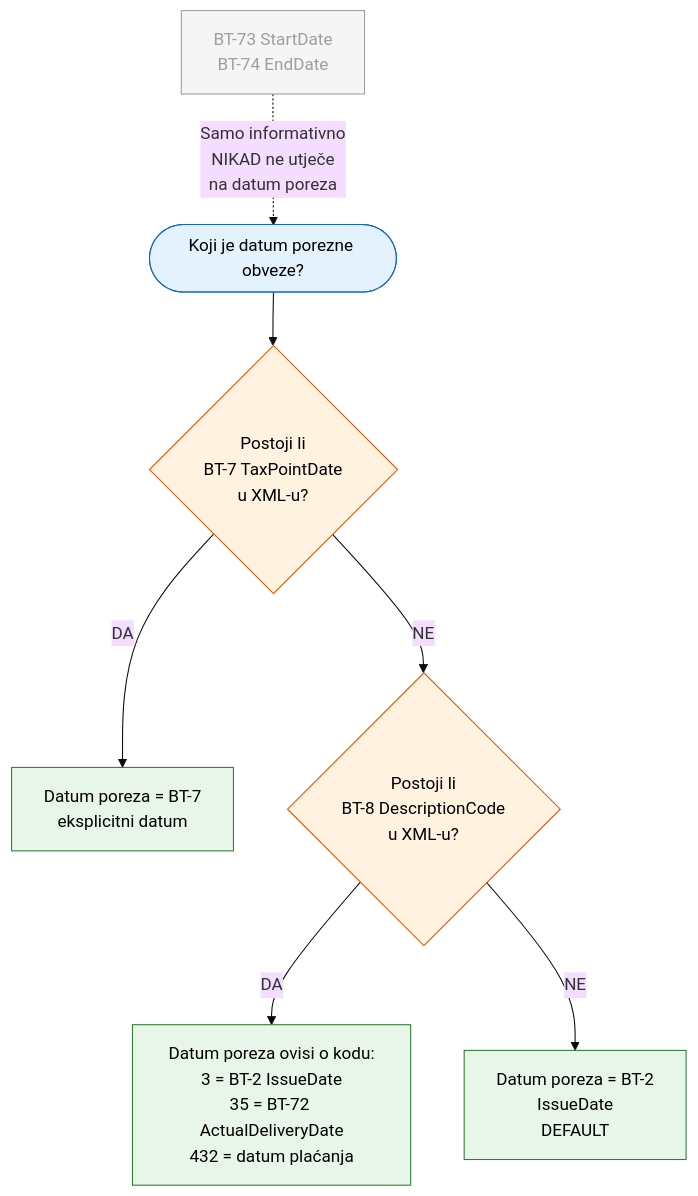
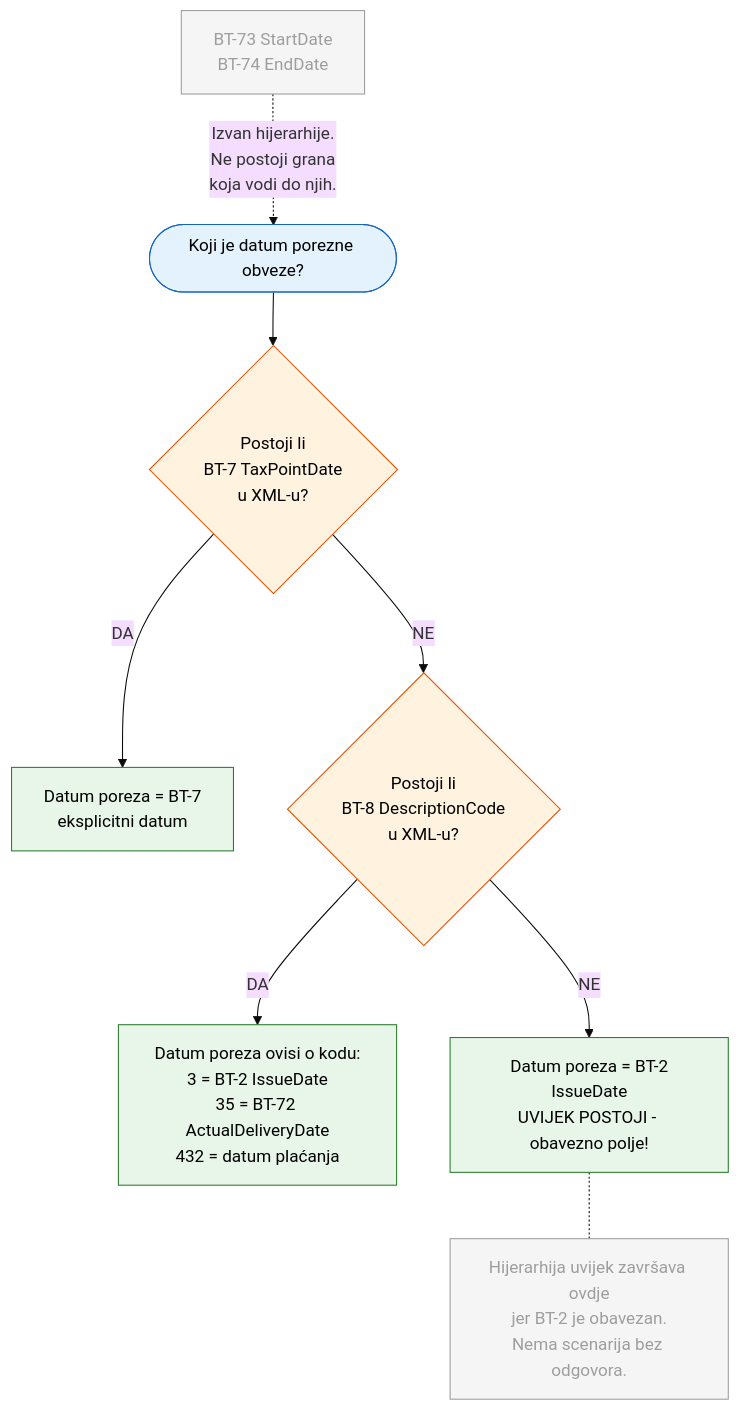
The first of 3 diagrams in docs/eracun-datumi-poreza-workflow.md (dageci/eracun-fiskalizacija-datumi), drawn with Mermaid (base theme) before and after one commit. The commit also changed other lines of this file and 1 other file, not shown here.

Commit message:
pojasnjeno zasto BT-73/74 nikad ne mogu doci na red - BT-2 je obavezan, hijerarhija uvijek ima odgovor

````diff
--- a/docs/eracun-datumi-poreza-workflow.md
+++ b/docs/eracun-datumi-poreza-workflow.md
@@ -71,20 +74,23 @@
 ```mermaid
 flowchart TD
     START([Koji je datum porezne obveze?]) --> CHECK1{Postoji li<br>BT-7 TaxPointDate<br>u XML-u?}
 
     CHECK1 -->|DA| RESULT1[Datum poreza = BT-7<br>eksplicitni datum]
     CHECK1 -->|NE| CHECK2{Postoji li<br>BT-8 DescriptionCode<br>u XML-u?}
 
     CHECK2 -->|DA| RESULT2[Datum poreza ovisi o kodu:<br>3 = BT-2 IssueDate<br>35 = BT-72 ActualDeliveryDate<br>432 = datum plaćanja]
-    CHECK2 -->|NE| RESULT3[Datum poreza = BT-2<br>IssueDate<br>DEFAULT]
+    CHECK2 -->|NE| RESULT3[Datum poreza = BT-2<br>IssueDate<br>UVIJEK POSTOJI - obavezno polje!]
 
-    BT73[BT-73 StartDate<br>BT-74 EndDate] -.->|Samo informativno<br>NIKAD ne utječe<br>na datum poreza| START
+    RESULT3 -.- NOTE[Hijerarhija uvijek završava ovdje<br>jer BT-2 je obavezan.<br>Nema scenarija bez odgovora.]
+
+    BT73[BT-73 StartDate<br>BT-74 EndDate] -.->|Izvan hijerarhije.<br>Ne postoji grana<br>koja vodi do njih.| START
 
     style START fill:#e3f2fd,stroke:#1565c0,color:#000
     style CHECK1 fill:#fff3e0,stroke:#e65100,color:#000
     style CHECK2 fill:#fff3e0,stroke:#e65100,color:#000
     style RESULT1 fill:#e8f5e9,stroke:#2e7d32,color:#000
     style RESULT2 fill:#e8f5e9,stroke:#2e7d32,color:#000
     style RESULT3 fill:#e8f5e9,stroke:#2e7d32,color:#000
+    style NOTE fill:#f5f5f5,stroke:#9e9e9e,color:#9e9e9e
     style BT73 fill:#f5f5f5,stroke:#9e9e9e,color:#9e9e9e
 ```
````
